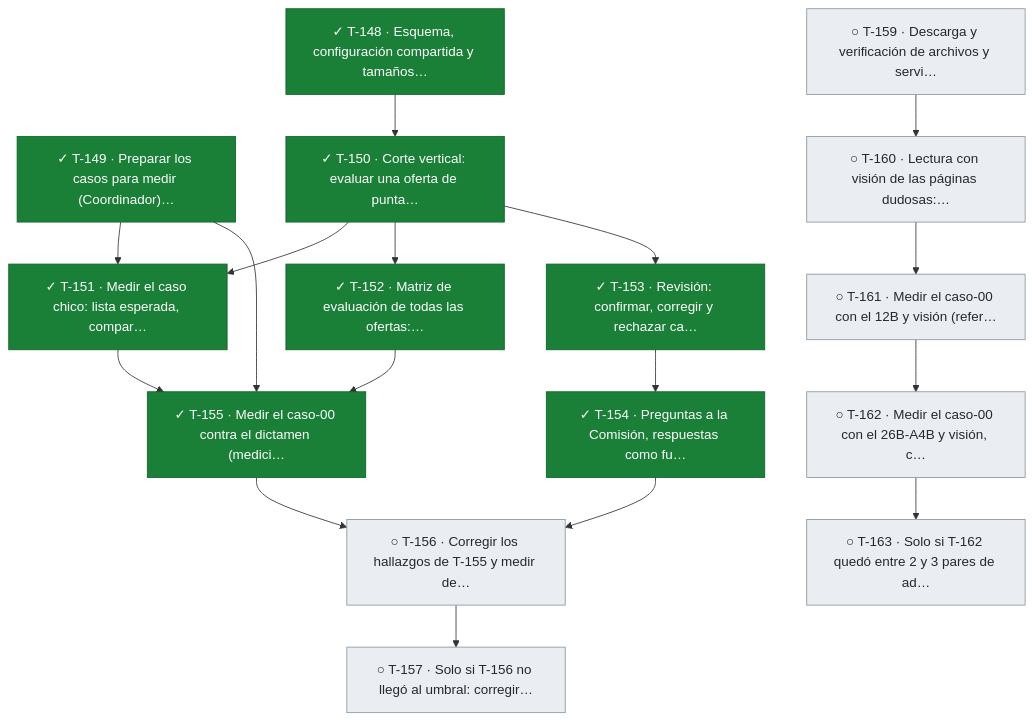
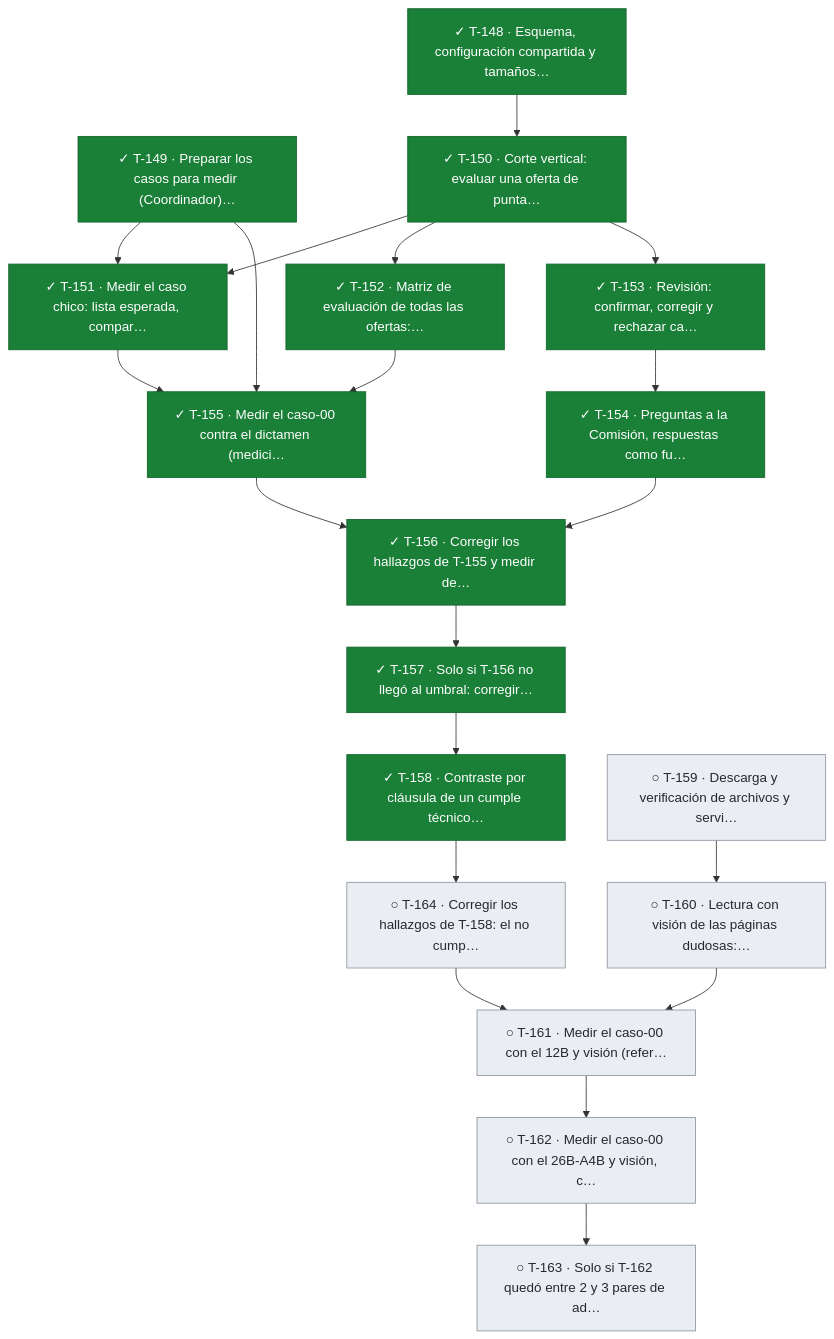
Before and after one commit to snavello/EVALUON: the seventh of 11 diagrams in docs/tablero.md, drawn with Mermaid. The commit also changed other lines of this file, not shown here.

````diff
--- a/docs/tablero.md
+++ b/docs/tablero.md
@@ -690,39 +692,44 @@
 ```mermaid
 flowchart TD
   T148["✓ T-148 · Esquema, configuración compartida y tamaños…"]:::done
   T149["✓ T-149 · Preparar los casos para medir (Coordinador)…"]:::done
   T150["✓ T-150 · Corte vertical: evaluar una oferta de punta…"]:::done
   T151["✓ T-151 · Medir el caso chico: lista esperada, compar…"]:::done
   T152["✓ T-152 · Matriz de evaluación de todas las ofertas:…"]:::done
   T153["✓ T-153 · Revisión: confirmar, corregir y rechazar ca…"]:::done
   T154["✓ T-154 · Preguntas a la Comisión, respuestas como fu…"]:::done
   T155["✓ T-155 · Medir el caso-00 contra el dictamen (medici…"]:::done
-  T156["○ T-156 · Corregir los hallazgos de T-155 y medir de…"]:::todo
-  T157["○ T-157 · Solo si T-156 no llegó al umbral: corregir…"]:::todo
+  T156["✓ T-156 · Corregir los hallazgos de T-155 y medir de…"]:::done
+  T157["✓ T-157 · Solo si T-156 no llegó al umbral: corregir…"]:::done
+  T158["✓ T-158 · Contraste por cláusula de un cumple técnico…"]:::done
+  T164["○ T-164 · Corregir los hallazgos de T-158: el no cump…"]:::todo
   T159["○ T-159 · Descarga y verificación de archivos y servi…"]:::todo
   T160["○ T-160 · Lectura con visión de las páginas dudosas:…"]:::todo
   T161["○ T-161 · Medir el caso-00 con el 12B y visión (refer…"]:::todo
   T162["○ T-162 · Medir el caso-00 con el 26B-A4B y visión, c…"]:::todo
   T163["○ T-163 · Solo si T-162 quedó entre 2 y 3 pares de ad…"]:::todo
   T148 --> T150
   T149 --> T151
   T150 --> T151
   T150 --> T152
   T150 --> T153
   T153 --> T154
   T149 --> T155
   T151 --> T155
   T152 --> T155
   T154 --> T156
   T155 --> T156
   T156 --> T157
+  T157 --> T158
+  T158 --> T164
   T159 --> T160
   T160 --> T161
+  T164 --> T161
   T161 --> T162
   T162 --> T163
   classDef done fill:#1a7f37,stroke:#116329,color:#ffffff
   classDef review fill:#0969da,stroke:#0550ae,color:#ffffff
   classDef active fill:#bf8700,stroke:#7d4e00,color:#ffffff
   classDef blocked fill:#cf222e,stroke:#a40e26,color:#ffffff
   classDef todo fill:#eaeef2,stroke:#8c959f,color:#24292f
 ```
````
